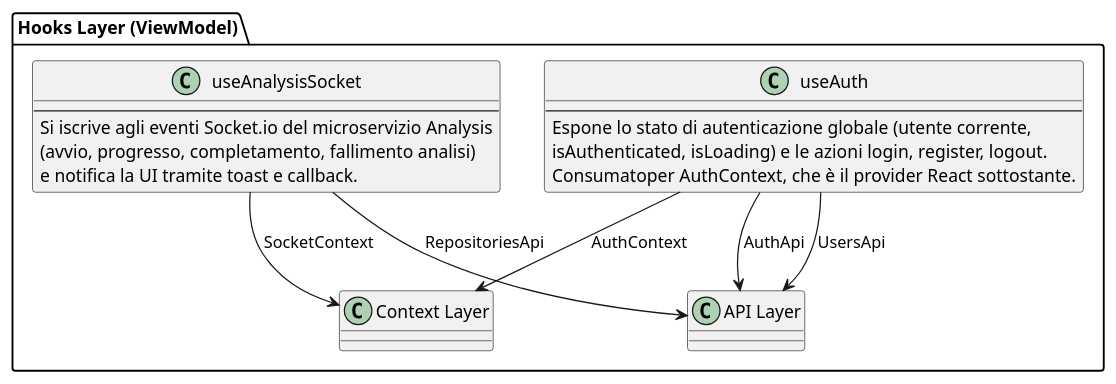
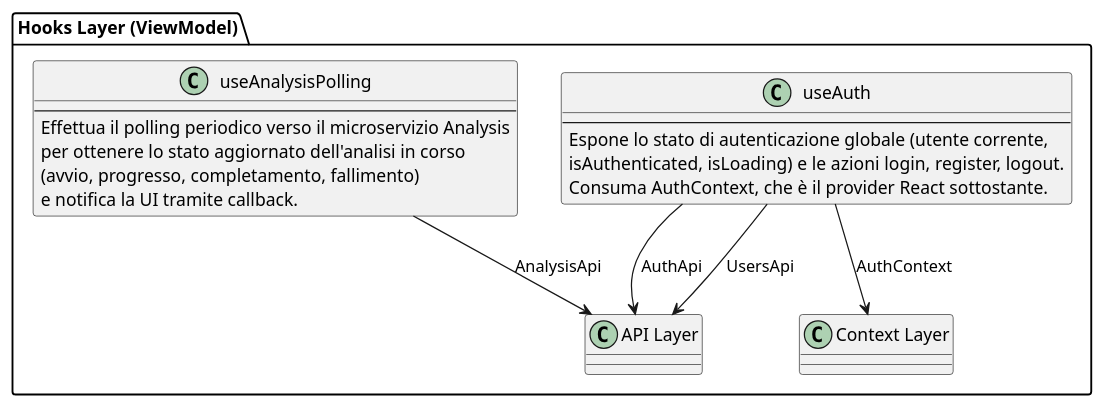
One commit to SkarabGroup/DocumentazioneProgetto changed the diagram in assets/st_diagrams/code/frontend/hooks_logic.plantuml. Above: the diagram before and after it, drawn with PlantUML. The commit also changed 15 other files, not shown here.

```diff
--- a/assets/st_diagrams/code/frontend/hooks_logic.plantuml
+++ b/assets/st_diagrams/code/frontend/hooks_logic.plantuml
@@ -1,19 +1,18 @@
 @startuml
 package "Hooks Layer (ViewModel)" {
   class useAuth {
     --
-    Espone lo stato di autenticazione globale (utente corrente,\nisAuthenticated, isLoading) e le azioni login, register, logout.\nConsumatoper AuthContext, che è il provider React sottostante.
+    Espone lo stato di autenticazione globale (utente corrente,\nisAuthenticated, isLoading) e le azioni login, register, logout.\nConsuma AuthContext, che è il provider React sottostante.
   }
 
-  class useAnalysisSocket {
+  class useAnalysisPolling {
     --
-    Si iscrive agli eventi Socket.io del microservizio Analysis\n(avvio, progresso, completamento, fallimento analisi)\ne notifica la UI tramite toast e callback.
+    Effettua il polling periodico verso il microservizio Analysis\nper ottenere lo stato aggiornato dell'analisi in corso\n(avvio, progresso, completamento, fallimento)\ne notifica la UI tramite callback.
   }
 
   useAuth --> "Context Layer" : AuthContext
-  useAnalysisSocket --> "Context Layer" : SocketContext
   useAuth --> "API Layer" : AuthApi
   useAuth --> "API Layer" : UsersApi
-  useAnalysisSocket --> "API Layer" : RepositoriesApi
+  useAnalysisPolling --> "API Layer" : AnalysisApi
 }
 @enduml
```
